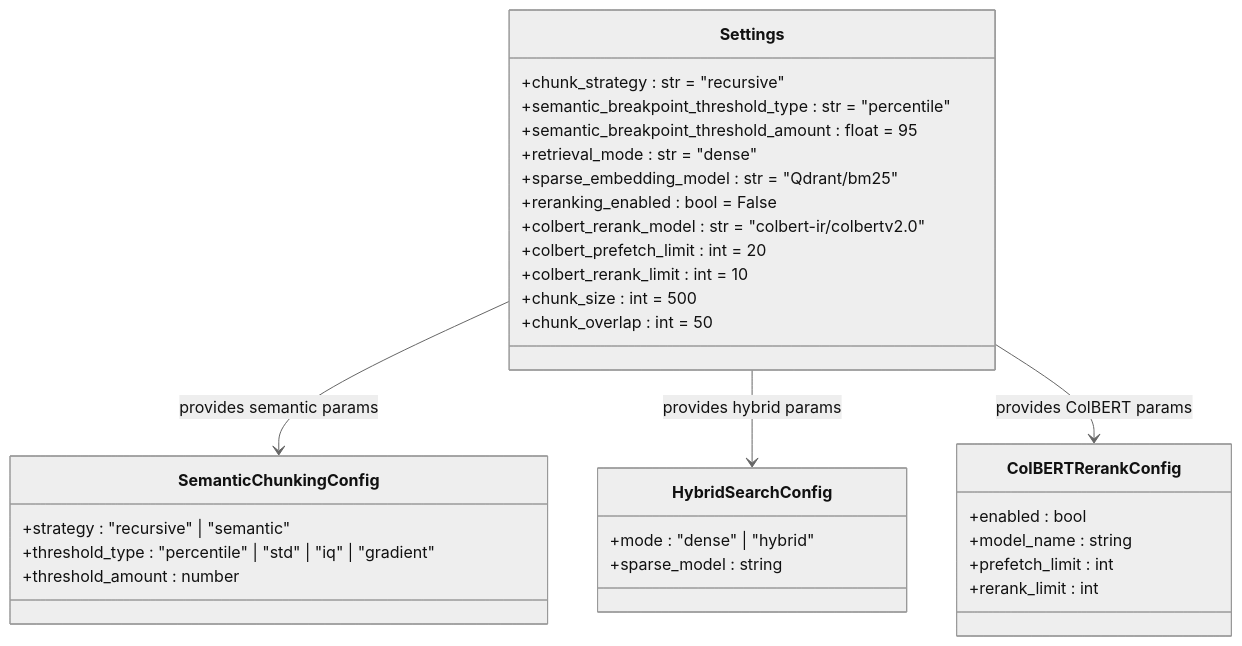
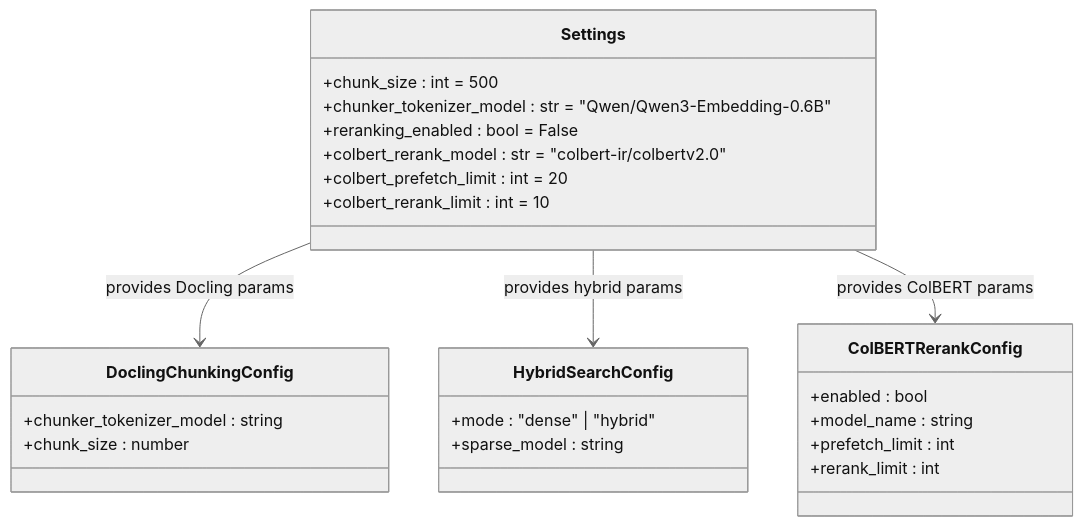
Before and after one commit to ognelis/cafetera_hr_bot: the eighth of 12 diagrams in .qoder/repowiki/en/content/RAG Integration/RAG Parser Enhancement.md, drawn with Mermaid (neutral theme). The commit also changed other lines of this file and 5 other files, not shown here.

````diff
--- a/.qoder/repowiki/en/content/RAG Integration/RAG Parser Enhancement.md
+++ b/.qoder/repowiki/en/content/RAG Integration/RAG Parser Enhancement.md
@@ -544,34 +373,28 @@
 ```mermaid
 classDiagram
 class Settings {
-+chunk_strategy : str = "recursive"
-+semantic_breakpoint_threshold_type : str = "percentile"
-+semantic_breakpoint_threshold_amount : float = 95
-+retrieval_mode : str = "dense"
-+sparse_embedding_model : str = "Qdrant/bm25"
++chunk_size : int = 500
++chunker_tokenizer_model : str = "Qwen/Qwen3-Embedding-0.6B"
 +reranking_enabled : bool = False
 +colbert_rerank_model : str = "colbert-ir/colbertv2.0"
 +colbert_prefetch_limit : int = 20
 +colbert_rerank_limit : int = 10
-+chunk_size : int = 500
-+chunk_overlap : int = 50
 }
-class SemanticChunkingConfig {
-+strategy : "recursive" | "semantic"
-+threshold_type : "percentile" | "std" | "iq" | "gradient"
-+threshold_amount : number
+class DoclingChunkingConfig {
++chunker_tokenizer_model : string
++chunk_size : number
 }
 class HybridSearchConfig {
 +mode : "dense" | "hybrid"
 +sparse_model : string
 }
 class ColBERTRerankConfig {
 +enabled : bool
 +model_name : string
 +prefetch_limit : int
 +rerank_limit : int
 }
-Settings --> SemanticChunkingConfig : provides semantic params
+Settings --> DoclingChunkingConfig : provides Docling params
 Settings --> HybridSearchConfig : provides hybrid params
 Settings --> ColBERTRerankConfig : provides ColBERT params
 ```
````
